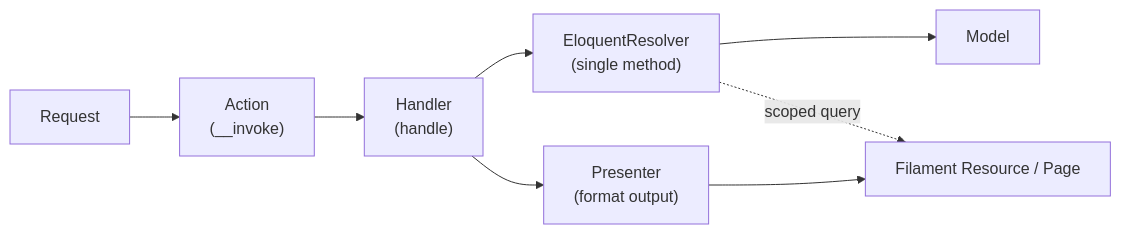
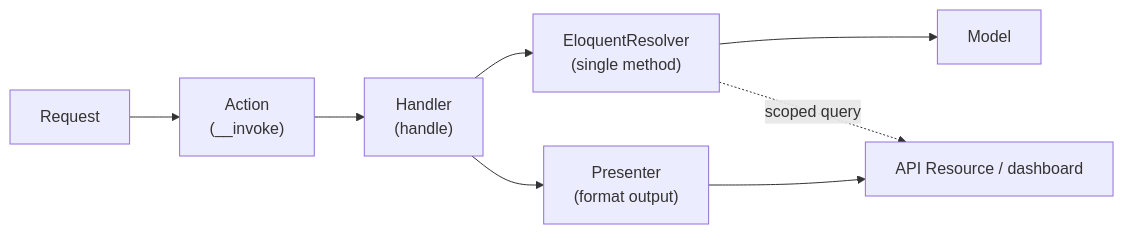
Before and after one commit to abdullah-al-habbal/dorak: the diagram in backend/docs/11-backend-architecture-part-2.md, drawn with Mermaid. The commit also changed other lines of this file and 343 other files, not shown here.

````diff
--- a/backend/docs/11-backend-architecture-part-2.md
+++ b/backend/docs/11-backend-architecture-part-2.md
@@ -41,10 +41,10 @@
 ```mermaid
 flowchart LR
     REQ["Request"] --> ACT["Action<br/>(__invoke)"]
     ACT --> HAN["Handler<br/>(handle)"]
     HAN --> RES["EloquentResolver<br/>(single method)"]
     RES --> MOD["Model"]
     HAN --> PRE["Presenter<br/>(format output)"]
-    PRE --> FIL["Filament Resource / Page"]
-    RES -.->|"scoped query"| FIL
+    PRE --> API["API Resource / dashboard"]
+    RES -.->|"scoped query"| API
 ```
````
